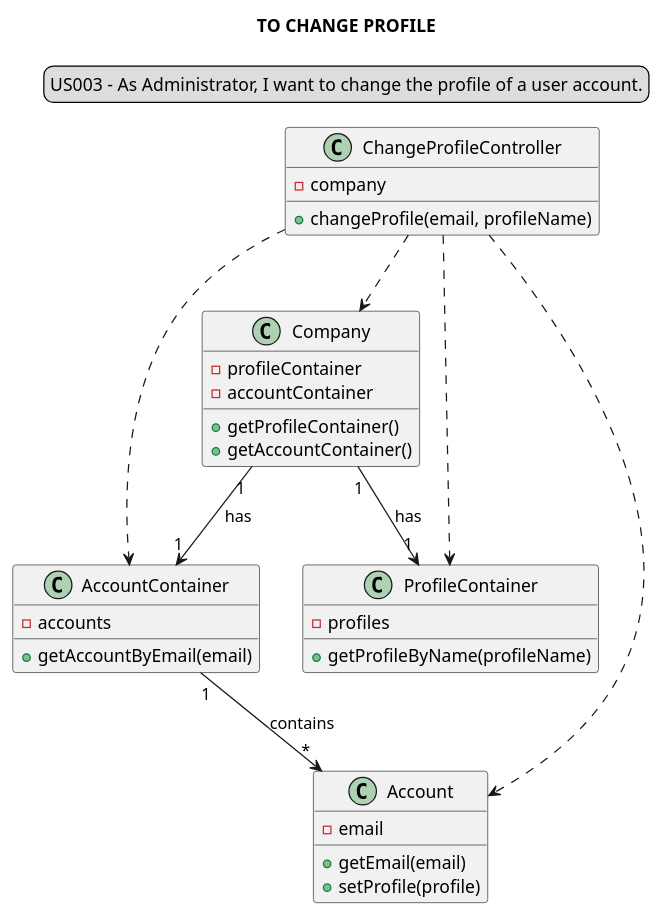
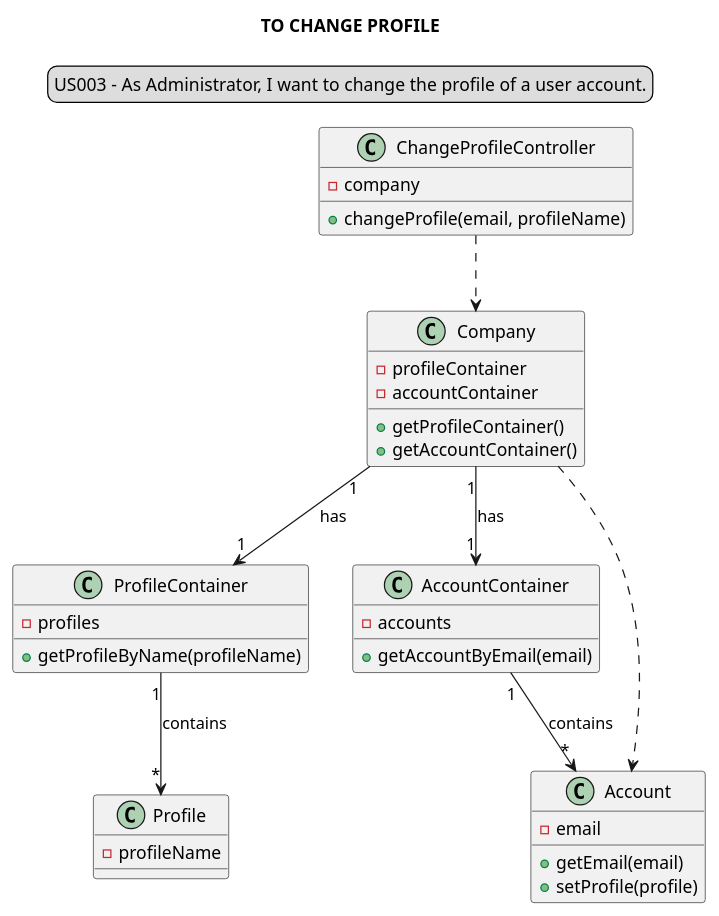
The diagram in docs/modelling_design/user_stories/us003/US003_classDiagram.puml (Loracline/project_switch_22-23), drawn with PlantUML before and after one commit. The commit also changed 1 other file, not shown here.

Commit message:
US003: Design: Updated Sequence Diagram and Class Diagram.

```diff
--- a/docs/modelling_design/user_stories/us003/US003_classDiagram.puml
+++ b/docs/modelling_design/user_stories/us003/US003_classDiagram.puml
@@ -1,46 +1,49 @@
 @startuml
 
 skinparam sequenceMessageAlign center
 title TO CHANGE PROFILE
 legend top
 US003 - As Administrator, I want to change the profile of a user account.
 end legend
 
 class ChangeProfileController {
 -company
 +changeProfile(email, profileName)
 }
 
 class Company {
 -profileContainer
 -accountContainer
 +getProfileContainer()
 +getAccountContainer()
 }
 
 class ProfileContainer {
 -profiles
 +getProfileByName(profileName)
 }
 
 class AccountContainer {
 -accounts
 +getAccountByEmail(email)
 }
 
 class Account{
 -email
 +getEmail(email)
 +setProfile(profile)
 }
 
+class Profile{
+-profileName
+}
+
 
 ChangeProfileController ..> Company
-ChangeProfileController ..> ProfileContainer
-ChangeProfileController ..> AccountContainer
-ChangeProfileController ..> Account
 Company "1"-->"1" AccountContainer: has
 Company "1"-->"1" ProfileContainer: has
+Company ..> Account
 AccountContainer "1"-->"*" Account: contains
+ProfileContainer "1"-->"*" Profile: contains
 
 @enduml
```
